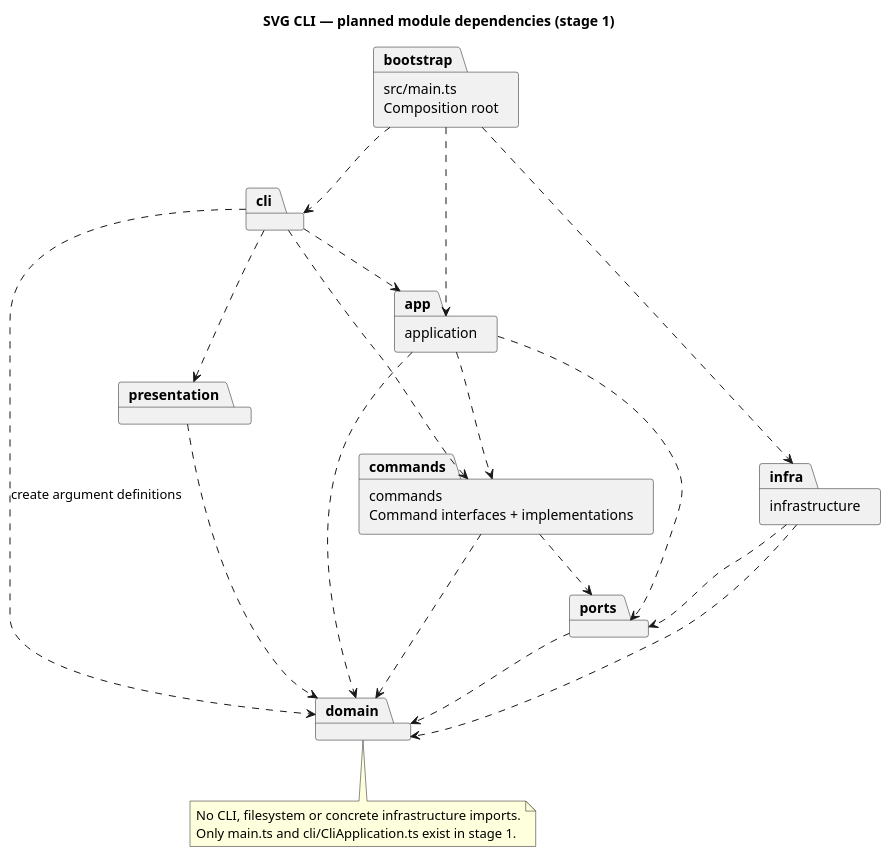
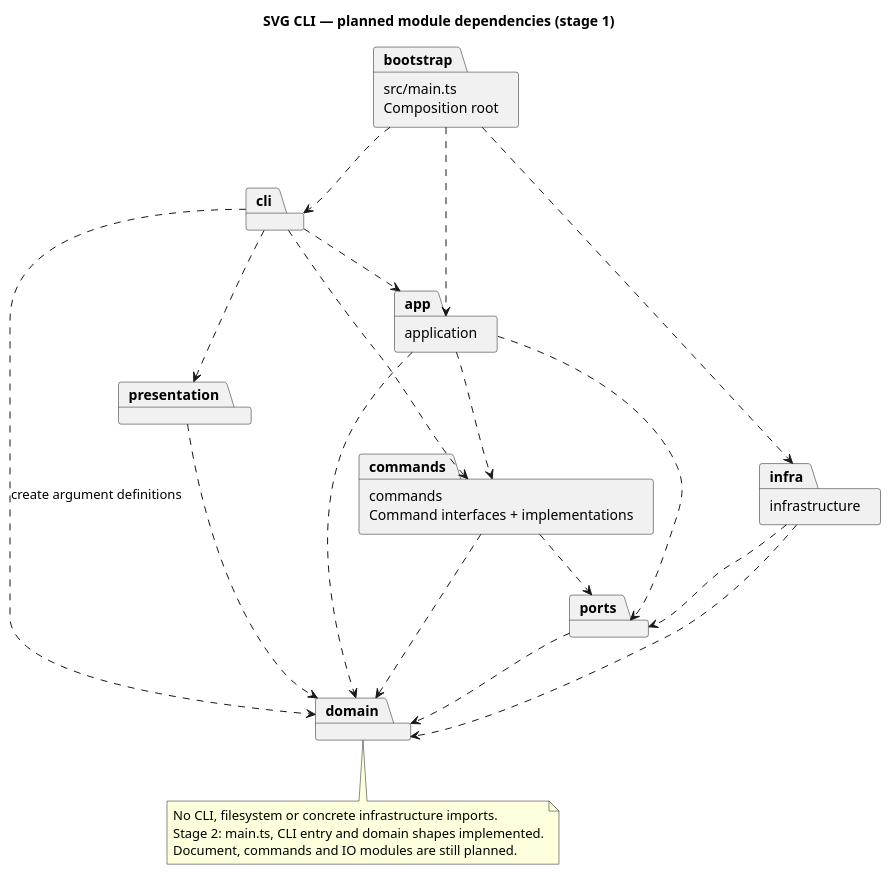
The diagram in doc/architecture.puml (Liusizhuozhuo/svg-editor-lab1), drawn with PlantUML before and after one commit. The commit also changed 17 other files, not shown here.

```diff
--- a/doc/architecture.puml
+++ b/doc/architecture.puml
@@ -1,33 +1,34 @@
 @startuml
 title SVG CLI — planned module dependencies (stage 1)
 skinparam componentStyle rectangle
 package "src/main.ts\nComposition root" as bootstrap
 package "cli" as cli
 package "application" as app
 package "commands\nCommand interfaces + implementations" as commands
 package "domain" as domain
 package "ports" as ports
 package "infrastructure" as infra
 package "presentation" as presentation
 
 bootstrap ..> cli
 bootstrap ..> app
 bootstrap ..> infra
 cli ..> app
 cli ..> commands
 cli ..> presentation
 cli ..> domain : create argument definitions
 app ..> commands
 app ..> domain
 app ..> ports
 commands ..> domain
 commands ..> ports
 presentation ..> domain
 infra ..> ports
 infra ..> domain
 ports ..> domain
 note bottom of domain
 No CLI, filesystem or concrete infrastructure imports.
-Only main.ts and cli/CliApplication.ts exist in stage 1.
+Stage 2: main.ts, CLI entry and domain shapes implemented.
+Document, commands and IO modules are still planned.
 end note
 @enduml
```
